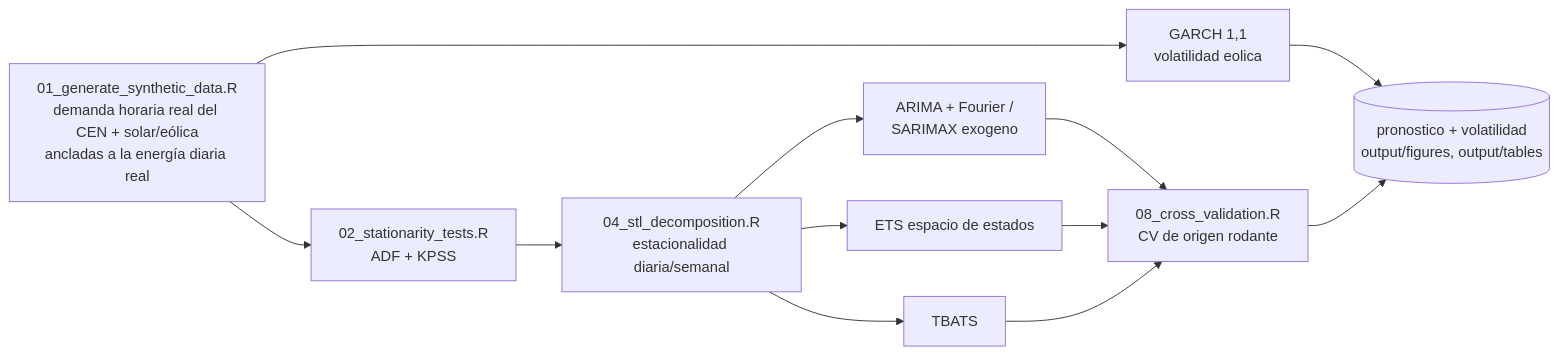
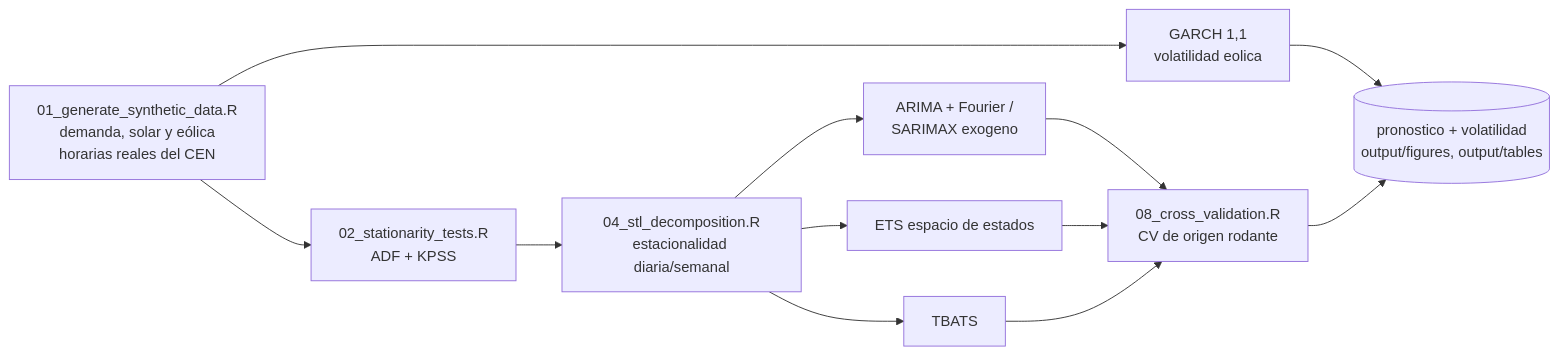
One commit to Rxyxs/chile-energy-grid-forecasting-r changed the diagram in README.es.md. Above: the diagram before and after it, drawn with Mermaid. The commit also changed other lines of this file and 9 other files, not shown here.

First line of the commit message:
Use real hourly solar and wind from the CEN daily reports (#6)

````diff
--- a/README.es.md
+++ b/README.es.md
@@ -119,14 +119,14 @@
 ```mermaid
 flowchart LR
-    A[01_generate_synthetic_data.R<br/>demanda horaria real del CEN + solar/eólica<br/>ancladas a la energía diaria real] --> B[02_stationarity_tests.R<br/>ADF + KPSS]
+    A[01_generate_synthetic_data.R<br/>demanda, solar y eólica<br/>horarias reales del CEN] --> B[02_stationarity_tests.R<br/>ADF + KPSS]
     B --> C[04_stl_decomposition.R<br/>estacionalidad diaria/semanal]
     C --> D1[ARIMA + Fourier /<br/>SARIMAX exogeno]
     C --> D2[ETS espacio de estados]
     C --> D3[TBATS]
     A --> E[GARCH 1,1<br/>volatilidad eolica]
     D1 --> F[08_cross_validation.R<br/>CV de origen rodante]
     D2 --> F
     D3 --> F
     E --> G[(pronostico + volatilidad<br/>output/figures, output/tables)]
     F --> G
 ```
````
